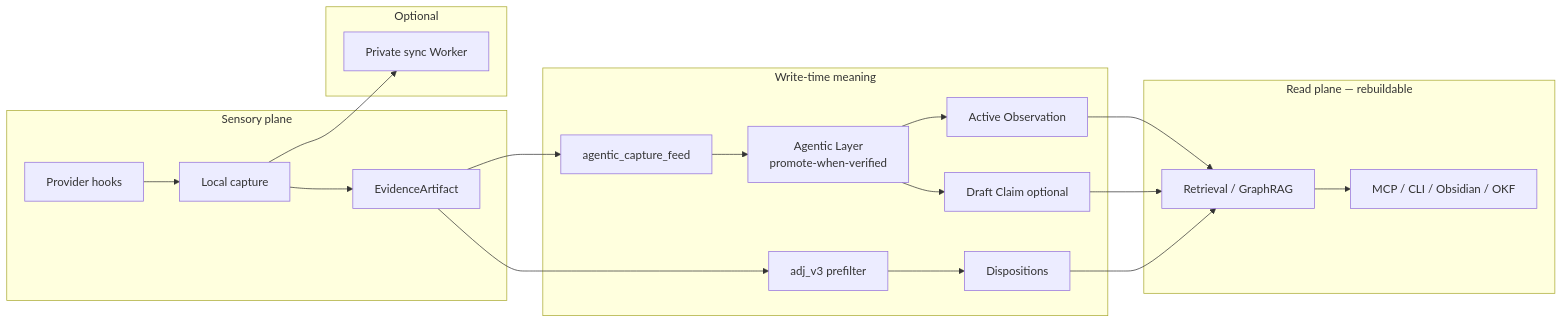
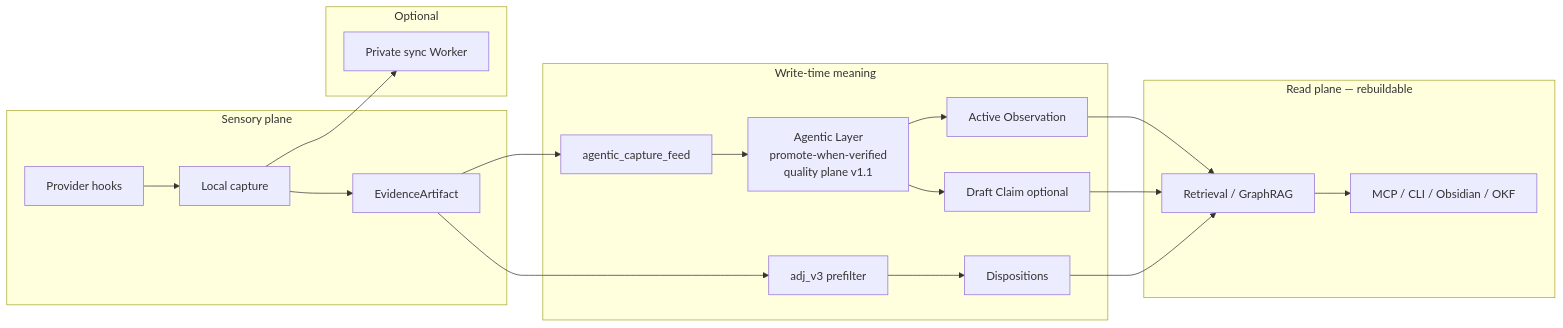
Before and after one commit to innocarpe/CarpeOS: the diagram in docs/architecture/overview.md, drawn with Mermaid. The commit also changed other lines of this file and 10 other files, not shown here.

First line of the commit message:
docs: sync README EN/KO, PRD-v6, and architecture to 6.7.7 quality plane

````diff
--- a/docs/architecture/overview.md
+++ b/docs/architecture/overview.md
@@ -40,27 +42,27 @@
 ```mermaid
 flowchart LR
   subgraph sensory [Sensory plane]
     H[Provider hooks] --> Cap[Local capture]
     Cap --> Ev[EvidenceArtifact]
   end
 
   subgraph brains [Write-time meaning]
     Ev --> Adj[adj_v3 prefilter]
     Ev --> Feed[agentic_capture_feed]
-    Feed --> Ag[Agentic Layer<br/>promote-when-verified]
+    Feed --> Ag[Agentic Layer<br/>promote-when-verified<br/>quality plane v1.1]
     Adj --> Disp[Dispositions]
     Ag --> Obs[Active Observation]
     Ag --> Draft[Draft Claim optional]
   end
 
   subgraph read [Read plane — rebuildable]
     Obs --> Ret[Retrieval / GraphRAG]
     Draft --> Ret
     Disp --> Ret
     Ret --> MCP[MCP / CLI / Obsidian / OKF]
   end
 
   subgraph optional [Optional]
     Cap --> Sync[Private sync Worker]
   end
 ```
````
